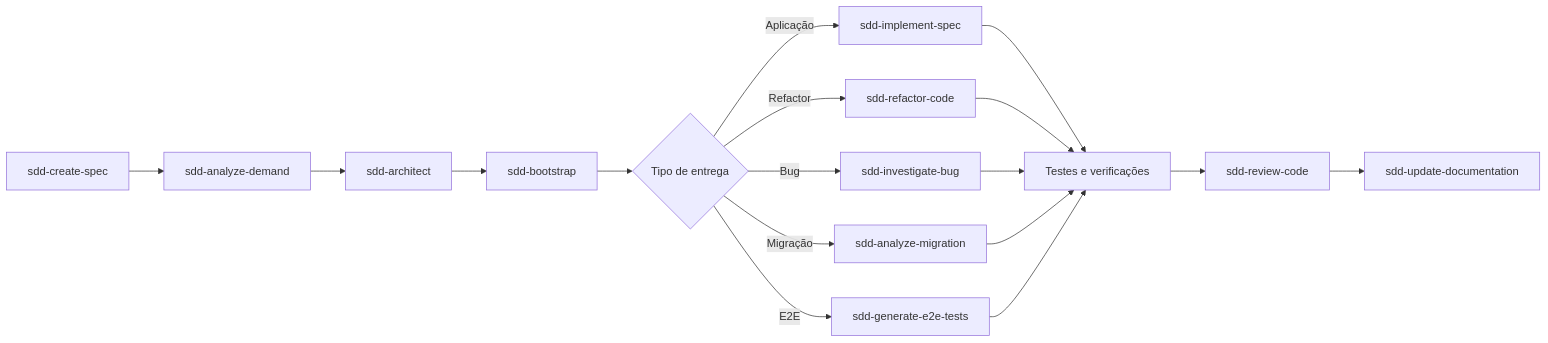
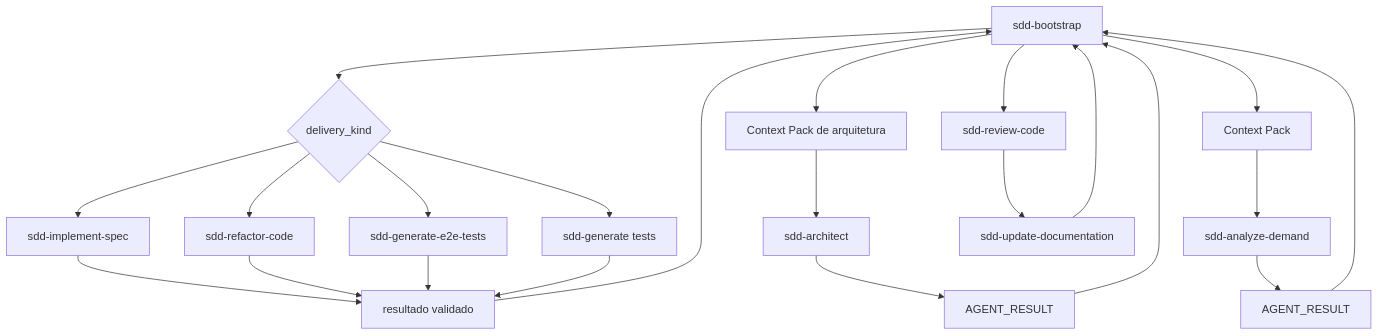
Before and after one commit to fellipemauriciosilva/sdd-toolkit: the diagram in docs/AGENTS.md, drawn with Mermaid. The commit also changed other lines of this file and 105 other files, not shown here.

Commit message:
feat: add context pack orchestration

````diff
--- a/docs/AGENTS.md
+++ b/docs/AGENTS.md
@@ -15,19 +15,24 @@
 ```mermaid
-flowchart LR
-    C[sdd-create-spec] --> A[sdd-analyze-demand]
-    A --> R[sdd-architect]
-    R --> B[sdd-bootstrap]
-    B --> D{Tipo de entrega}
-    D -->|Aplicação| I[sdd-implement-spec]
-    D -->|Refactor| F[sdd-refactor-code]
-    D -->|Bug| G[sdd-investigate-bug]
-    D -->|Migração| M[sdd-analyze-migration]
-    D -->|E2E| E[sdd-generate-e2e-tests]
-    I --> T[Testes e verificações]
-    F --> T
-    G --> T
-    M --> T
-    E --> T
-    T --> V[sdd-review-code]
-    V --> U[sdd-update-documentation]
+flowchart TB
+    B[sdd-bootstrap] --> P[Context Pack]
+    P --> A[sdd-analyze-demand]
+    A --> R[AGENT_RESULT]
+    R --> B
+    B --> P2[Context Pack de arquitetura]
+    P2 --> AR[sdd-architect]
+    AR --> R2[AGENT_RESULT]
+    R2 --> B
+    B --> D{delivery_kind}
+    D --> I[sdd-implement-spec]
+    D --> F[sdd-refactor-code]
+    D --> E[sdd-generate-e2e-tests]
+    D --> T[sdd-generate tests]
+    I --> V[resultado validado]
+    F --> V
+    E --> V
+    T --> V
+    V --> B
+    B --> RV[sdd-review-code]
+    RV --> U[sdd-update-documentation]
+    U --> B
 ```
````
